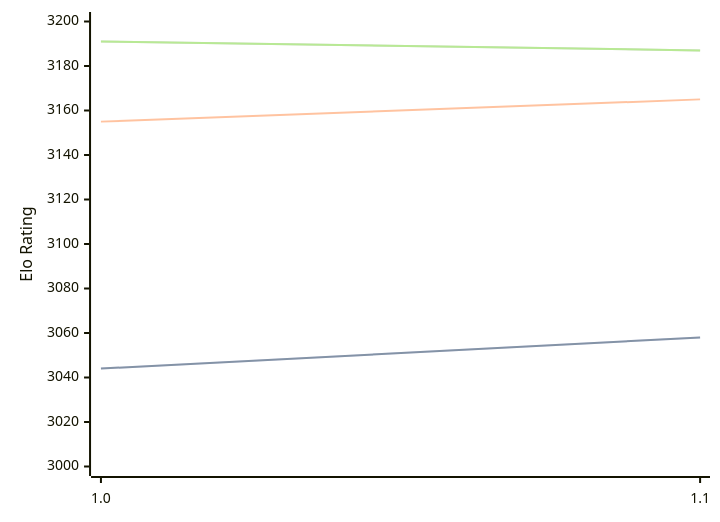
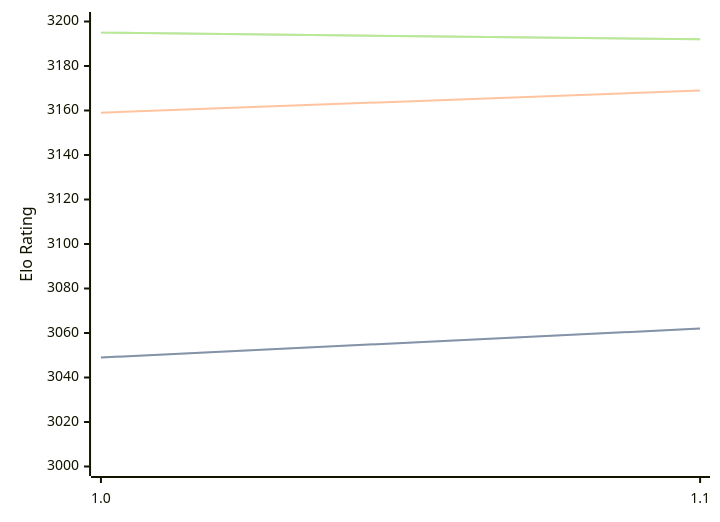
One commit to computer-chess-index/cci changed the diagram in engines/Horsie.md. Above: the diagram before and after it, drawn with Mermaid. The commit also changed other lines of this file, not shown here.

Commit message:
Update CCI Ratings (ELO VLTC) - 2026-02-24

````diff
--- a/engines/Horsie.md
+++ b/engines/Horsie.md
@@ -29,11 +29,11 @@
 ```mermaid
 %%{init: {"theme":"base","themeVariables":{"seriesColors:['#a3a3a3','#222221','#faa371']}}}%%
 xychart-beta
   x-axis ["1.0", "1.1"]
   y-axis "Elo Rating" 3000 --> 3200
-  line "STC (8.0+0.08s)" [3044, 3058]
-  line "STC (8.0+0.08s)" [3044, 3058]
-  line "LTC (60.0+0.60s)" [3155, 3165]
-  line "VLTC (2m24s+1.12s)" [3191, 3187]
-  line "VLTC (2m24s+1.12s)" [3191, 3187]
+  line "STC (8.0+0.08s)" [3049, 3062]
+  line "STC (8.0+0.08s)" [3049, 3062]
+  line "LTC (60.0+0.60s)" [3159, 3169]
+  line "VLTC (2m24s+1.12s)" [3195, 3192]
+  line "VLTC (2m24s+1.12s)" [3195, 3192]
 ```
````
